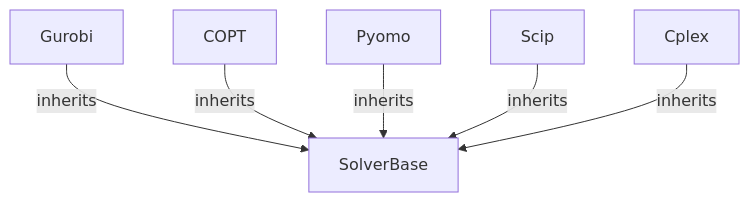
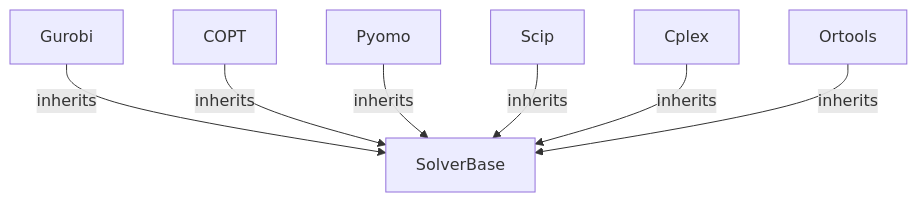
The diagram in docs/source/manual/solver.rst (sharabhshukla/BendersLib), drawn with Mermaid before and after one commit. The commit also changed other lines of this file and 2 other files, not shown here.

Commit message:
docs(manual): add descriptions of solver features

```diff
--- a/docs/source/manual/solver.rst
+++ b/docs/source/manual/solver.rst
@@ -249,10 +268,11 @@
 .. mermaid::
     :caption: Solver Interface Inheritance Diagram
     :align: center
 
     flowchart TB
         Gurobi -- inherits --> SolverBase
         COPT -- inherits --> SolverBase
         Pyomo -- inherits --> SolverBase
         Scip -- inherits --> SolverBase
         Cplex -- inherits --> SolverBase
+        Ortools -- inherits --> SolverBase
```
